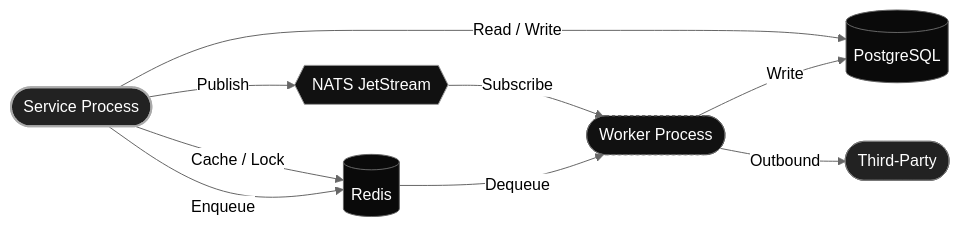
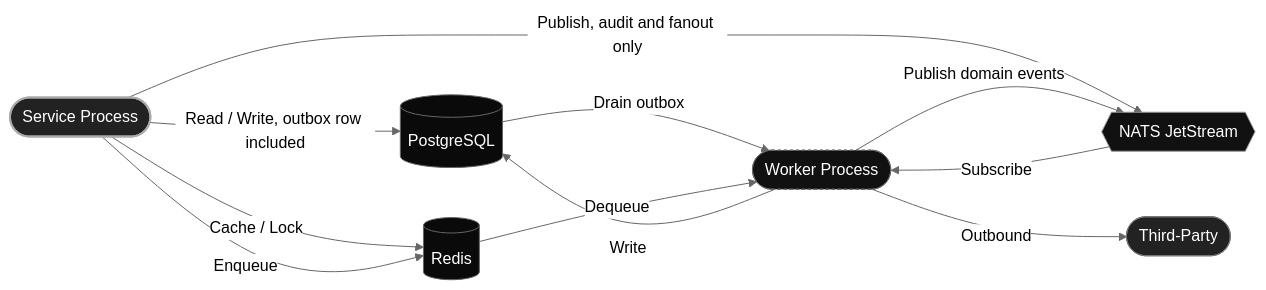
One commit to cristiangilsanz/qrew changed the diagram in docs/architecture/views/process.md. Above: the diagram before and after it, drawn with Mermaid (neutral theme). The commit also changed other lines of this file and 28 other files, not shown here.

````diff
--- a/docs/architecture/views/process.md
+++ b/docs/architecture/views/process.md
@@ -8,27 +8,29 @@
 ```mermaid
 flowchart LR
     svc(["Service Process"]):::svc
 
     pg[("PostgreSQL")]:::db
     redis[("Redis")]:::db
     nats{{"NATS JetStream"}}:::bus
     ext(["Third-Party"]):::ext
 
     worker(["Worker Process"]):::worker
 
-    svc -->|"Read / Write"| pg
+    svc -->|"Read / Write, outbox row included"| pg
     svc -->|"Cache / Lock"| redis
-    svc -->|"Publish"| nats
     svc -->|"Enqueue"| redis
+    svc -->|"Publish, audit and fanout only"| nats
 
+    pg -->|"Drain outbox"| worker
     nats -->|"Subscribe"| worker
     redis -->|"Dequeue"| worker
+    worker -->|"Publish domain events"| nats
     worker -->|"Write"| pg
     worker -->|"Outbound"| ext
 
     classDef svc    fill:#222,color:#fff,stroke:#aaa,stroke-width:2px
     classDef worker fill:#111,color:#fff,stroke:#666,stroke-width:1px,stroke-dasharray:3
     classDef db     fill:#0a0a0a,color:#fff,stroke:#666,stroke-width:1px
     classDef bus    fill:#111,color:#fff,stroke:#999,stroke-width:1px
     classDef ext    fill:#222,color:#fff,stroke:#777,stroke-width:1px
 ```
````
